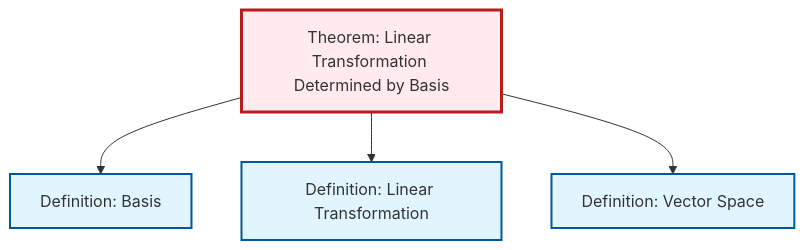
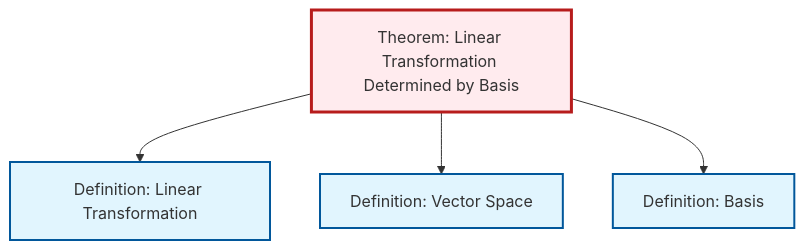
The diagram in content/ja/algebra/thm-linear-transformation-basis.qmd (RK0429/ModernMath), drawn with Mermaid before and after one commit. The commit also changed other lines of this file and 434 other files, not shown here.

````diff
--- a/content/ja/algebra/thm-linear-transformation-basis.qmd
+++ b/content/ja/algebra/thm-linear-transformation-basis.qmd
@@ -48,20 +48,20 @@
 ```{mermaid}
 %%| fig-cap: "Local dependency graph"
 graph TD
     classDef definition fill:#e1f5fe,stroke:#01579b,stroke-width:2px
     classDef theorem fill:#f3e5f5,stroke:#4a148c,stroke-width:2px
     classDef axiom fill:#fff3e0,stroke:#e65100,stroke-width:2px
     classDef example fill:#e8f5e9,stroke:#1b5e20,stroke-width:2px
     classDef current fill:#ffebee,stroke:#b71c1c,stroke-width:3px
+    thm-linear-transformation-basis["Theorem: Linear Transformation Determined by Basis"]:::theorem
     def-basis["Definition: Basis"]:::definition
+    def-vector-space["Definition: Vector Space"]:::definition
     def-linear-transformation["Definition: Linear Transformation"]:::definition
-    def-vector-space["Definition: Vector Space"]:::definition
-    thm-linear-transformation-basis["Theorem: Linear Transformation Determined by Basis"]:::theorem
-    thm-linear-transformation-basis --> def-basis
     thm-linear-transformation-basis --> def-linear-transformation
     thm-linear-transformation-basis --> def-vector-space
+    thm-linear-transformation-basis --> def-basis
     class thm-linear-transformation-basis current
     click def-basis "def-basis.html" "Definition: Basisへ"
+    click def-vector-space "def-vector-space.html" "Definition: Vector Spaceへ"
     click def-linear-transformation "def-linear-transformation.html" "Definition: Linear Transformationへ"
-    click def-vector-space "def-vector-space.html" "Definition: Vector Spaceへ"
 ```
````
